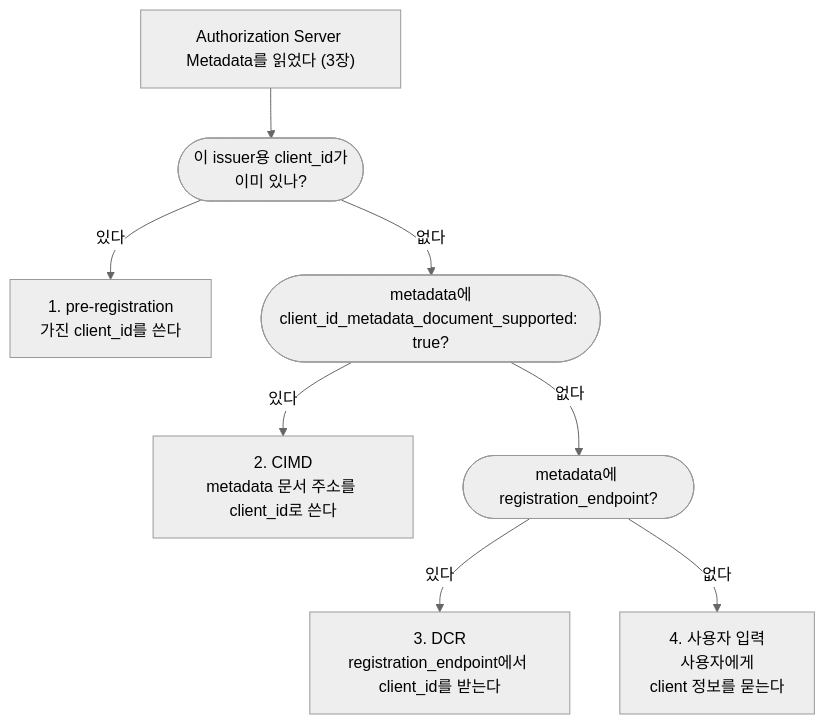
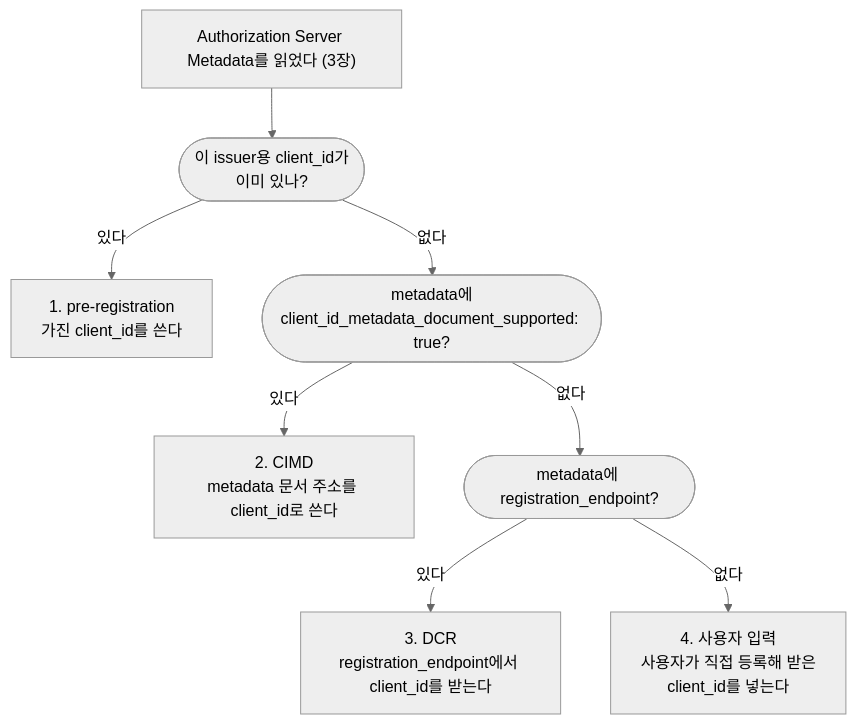
One commit to starryeye/spring-ai changed the first of 2 diagrams in practice/mcp-guide/04-client-registration.md. Above: the diagram before and after it, drawn with Mermaid (neutral theme). The commit also changed other lines of this file and 2 other files, not shown here.

````diff
--- a/practice/mcp-guide/04-client-registration.md
+++ b/practice/mcp-guide/04-client-registration.md
@@ -34,10 +31,10 @@
 ```mermaid
 flowchart TD
     S["Authorization Server Metadata를 읽었다 (3장)"] --> Q1(["이 issuer용 client_id가<br/>이미 있나?"])
     Q1 -->|있다| P["1. pre-registration<br/>가진 client_id를 쓴다"]
     Q1 -->|없다| Q2(["metadata에<br/>client_id_metadata_document_supported: true?"])
     Q2 -->|있다| C["2. CIMD<br/>metadata 문서 주소를 client_id로 쓴다"]
     Q2 -->|없다| Q3(["metadata에 registration_endpoint?"])
     Q3 -->|있다| D["3. DCR<br/>registration_endpoint에서 client_id를 받는다"]
-    Q3 -->|없다| U["4. 사용자 입력<br/>사용자에게<br/>client 정보를 묻는다"]
+    Q3 -->|없다| U["4. 사용자 입력<br/>사용자가 직접 등록해 받은<br/>client_id를 넣는다"]
 ```
````
